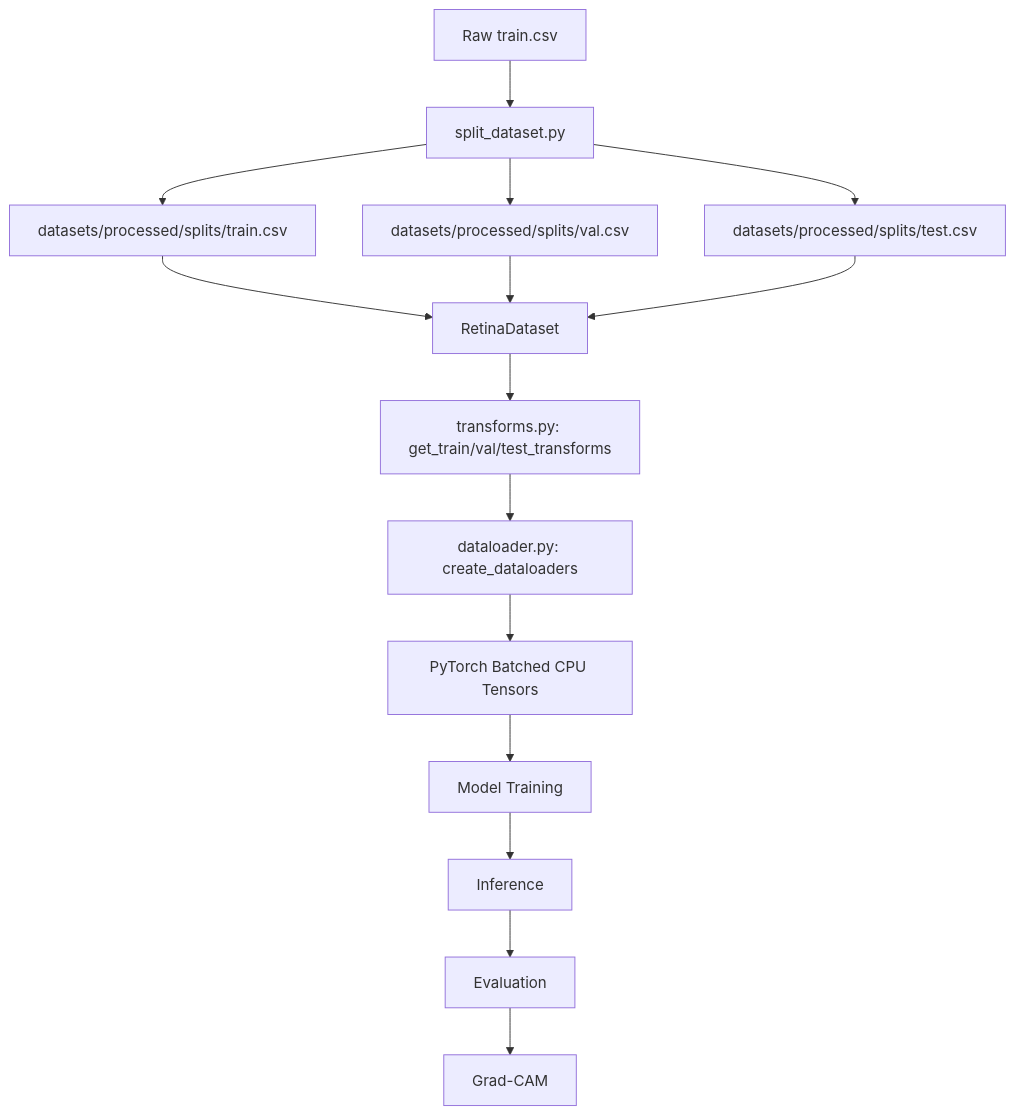
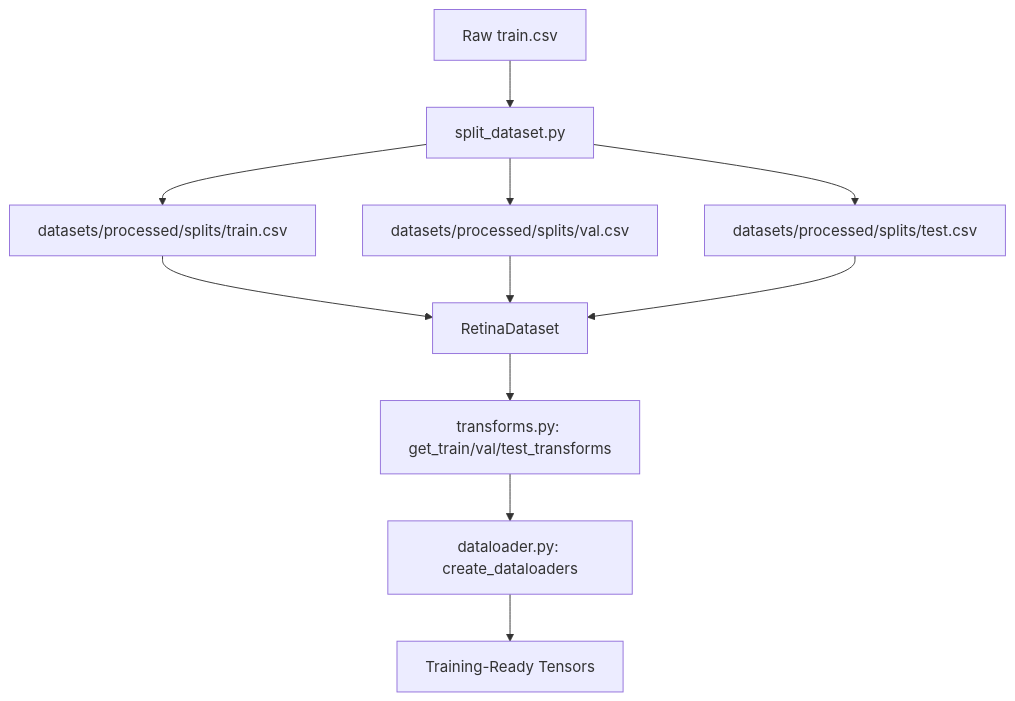
Before and after one commit to Dr-Venom29/FusionMedAI: the diagram in research/Volume_02_Data_Pipeline/01_Introduction.md, drawn with Mermaid. The commit also changed 58 other files, not shown here.

````diff
--- a/research/Volume_02_Data_Pipeline/01_Introduction.md
+++ b/research/Volume_02_Data_Pipeline/01_Introduction.md
@@ -20,17 +20,13 @@
 ```mermaid
 graph TD
     A[Raw train.csv] --> B[split_dataset.py]
     B --> C[datasets/processed/splits/train.csv]
     B --> D[datasets/processed/splits/val.csv]
     B --> E[datasets/processed/splits/test.csv]
     C --> F[RetinaDataset]
     D --> F
     E --> F
     F --> G[transforms.py: get_train/val/test_transforms]
     G --> H[dataloader.py: create_dataloaders]
-    H --> I[PyTorch Batched CPU Tensors]
-    I --> J[Model Training]
-    J --> K[Inference]
-    K --> L[Evaluation]
-    L --> M[Grad-CAM]
+    H --> I[Training-Ready Tensors]
 ```
````
